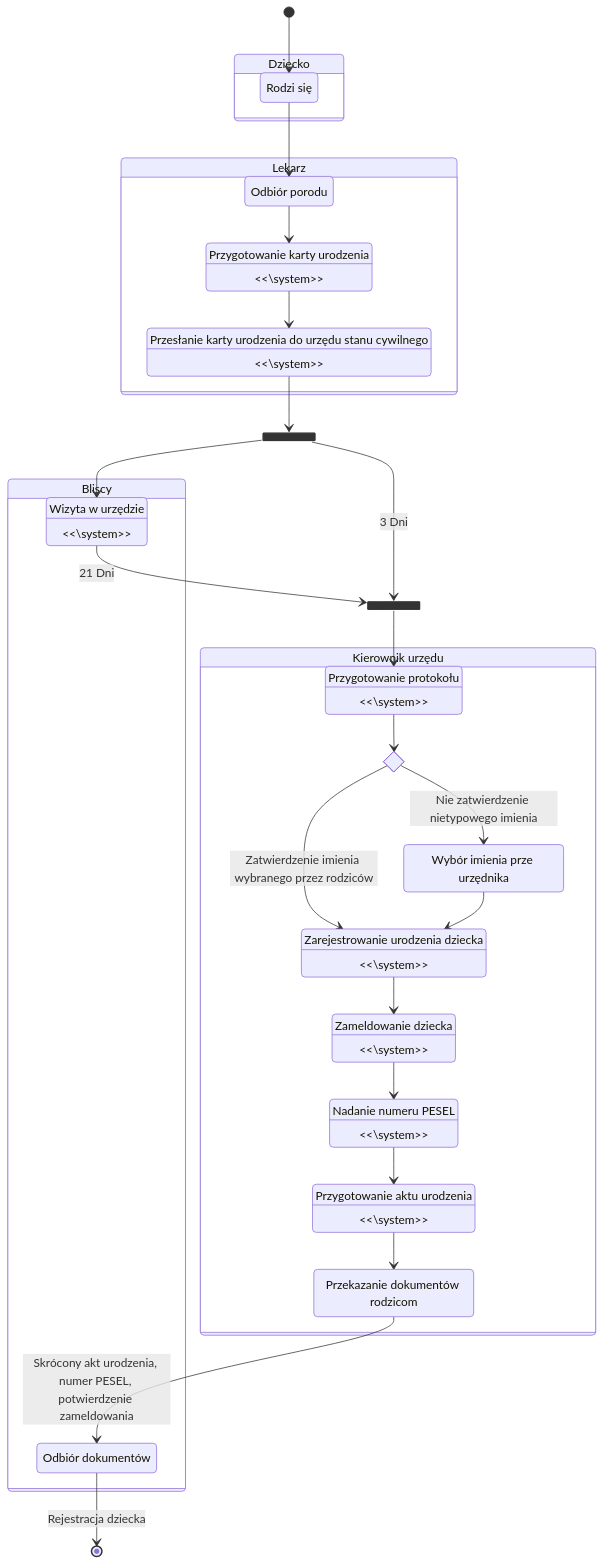
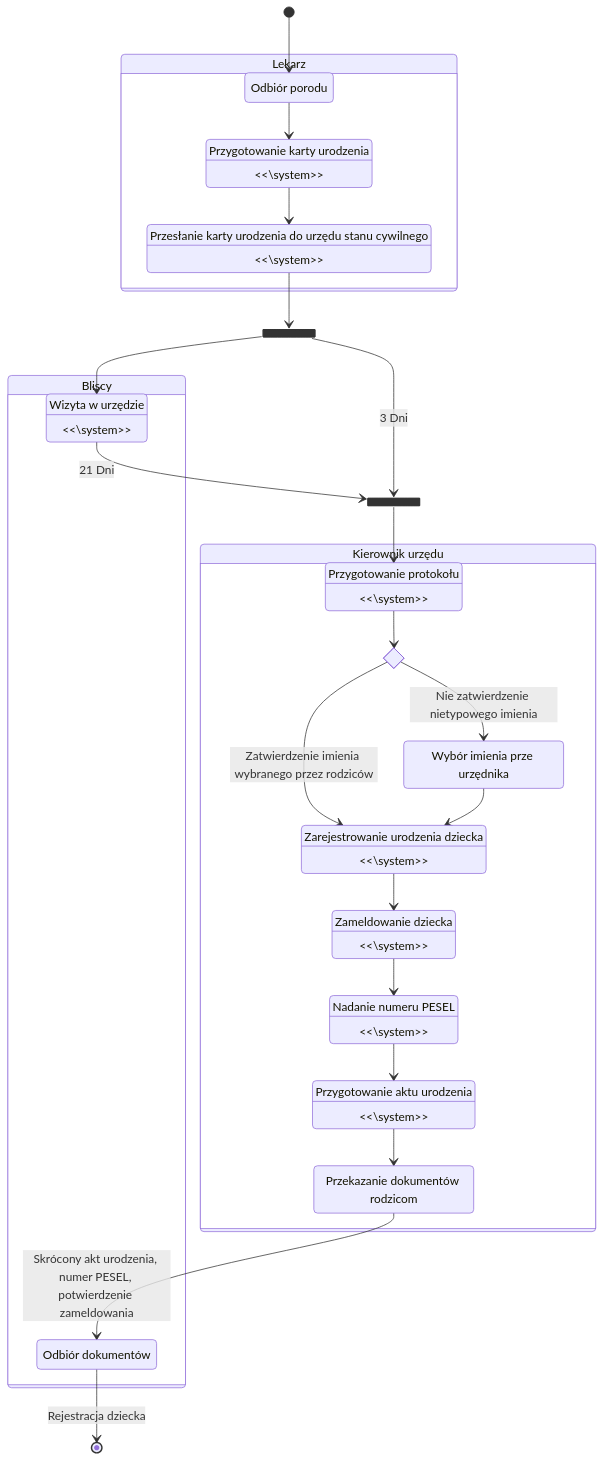
One commit to bartlomiejkrawczyk/ZPI-22Z changed the second of 6 diagrams in README.md. Above: the diagram before and after it, drawn with Mermaid. The commit also changed other lines of this file, not shown here.

````diff
--- a/README.md
+++ b/README.md
@@ -230,63 +216,57 @@
 ```mermaid
 stateDiagram
-    [*] --> r1
-    state Dziecko {
-        direction LR
-        state "Rodzi się" as r1
-    }
+    [*] --> l1
     state Lekarz {
         direction LR
         state "Odbiór porodu" as l1
         state "Przygotowanie karty urodzenia" as l2
         state "<<\system>>" as l2
         state "Przesłanie karty urodzenia do urzędu stanu cywilnego" as l3
         state "<<\system>>" as l3
 
         l1 --> l2
         l2 --> l3
     }
-
-    r1 --> l1
 
     state Bliscy {
         state "Wizyta w urzędzie" as b1
         state "<<\system>>" as b1
         state "Odbiór dokumentów" as b2
     }
     state "Kierownik urzędu" as kierownik {
         state "Przygotowanie protokołu" as k1
         state "<<\system>>" as k1
         state if_accept <<choice>>
         state "Wybór imienia prze urzędnika" as choice
         state "Zarejestrowanie urodzenia dziecka" as k2
         state "<<\system>>" as k2
         state "Zameldowanie dziecka" as k3
         state "<<\system>>" as k3
         state "Nadanie numeru PESEL" as k4
         state "<<\system>>" as k4
         state "Przygotowanie aktu urodzenia" as k5
         state "<<\system>>" as k5
         state "Przekazanie dokumentów rodzicom" as k6
 
         k1 --> if_accept
         if_accept --> k2: Zatwierdzenie imienia wybranego przez rodziców
         if_accept --> choice: Nie zatwierdzenie nietypowego imienia
         choice --> k2
         k2 --> k3
         k3 --> k4
         k4 --> k5
         k5 --> k6
     }
 
     state fork_state <<fork>>
       l3 --> fork_state
       fork_state --> b1
 
-      state join_state <<join>>
+    state join_state <<join>>
       b1 --> join_state: 21 Dni
       join_state --> k1
       fork_state --> join_state: 3 Dni
 
     k6 --> b2: Skrócony akt urodzenia, numer PESEL, potwierdzenie zameldowania
     b2 --> [*]: Rejestracja dziecka
 ```
````
